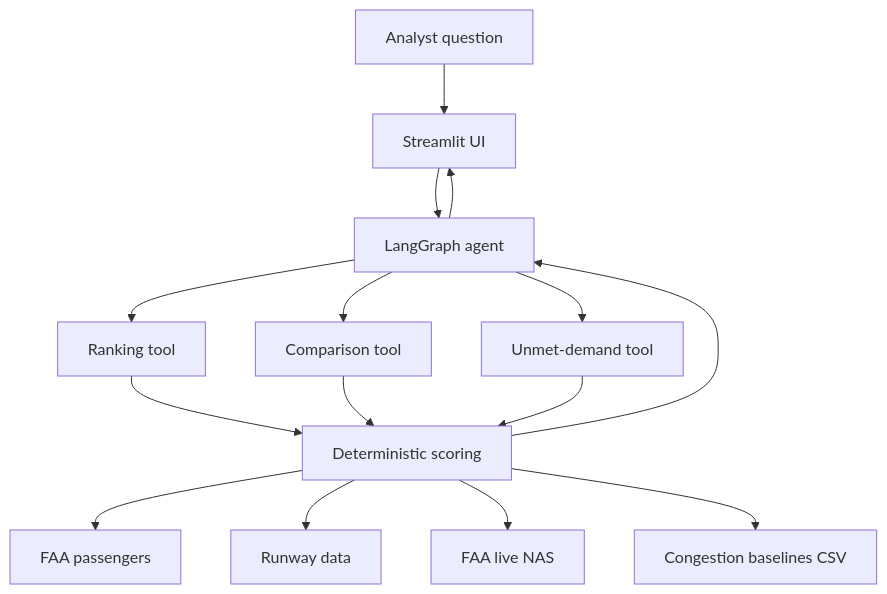
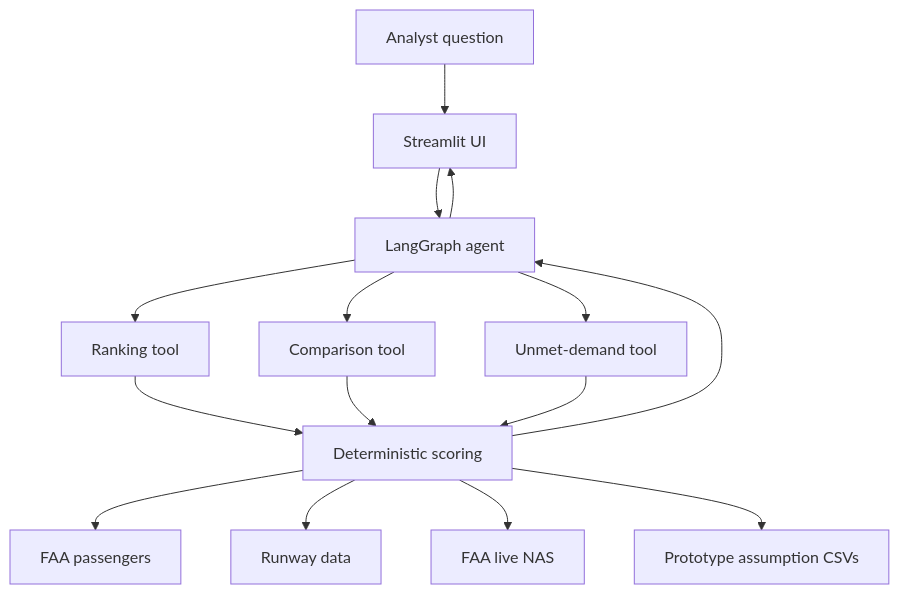
Before and after one commit to marciano147/Airport-Investment-Intelligence-Agent: the diagram in README.md, drawn with Mermaid. The commit also changed other lines of this file and 16 other files, not shown here.

````diff
--- a/README.md
+++ b/README.md
@@ -34,17 +27,17 @@
 ```mermaid
 flowchart TB
   Q[Analyst question] --> S[Streamlit UI]
   S --> A[LangGraph agent]
   A --> R[Ranking tool]
   A --> C[Comparison tool]
   A --> D[Unmet-demand tool]
   R --> P[Deterministic scoring]
   C --> P
   D --> P
   P --> F[FAA passengers]
   P --> W[Runway data]
   P --> N[FAA live NAS]
-  P --> B[Congestion baselines CSV]
+  P --> B[Prototype assumption CSVs]
   P --> A
   A --> S
 ```
````
